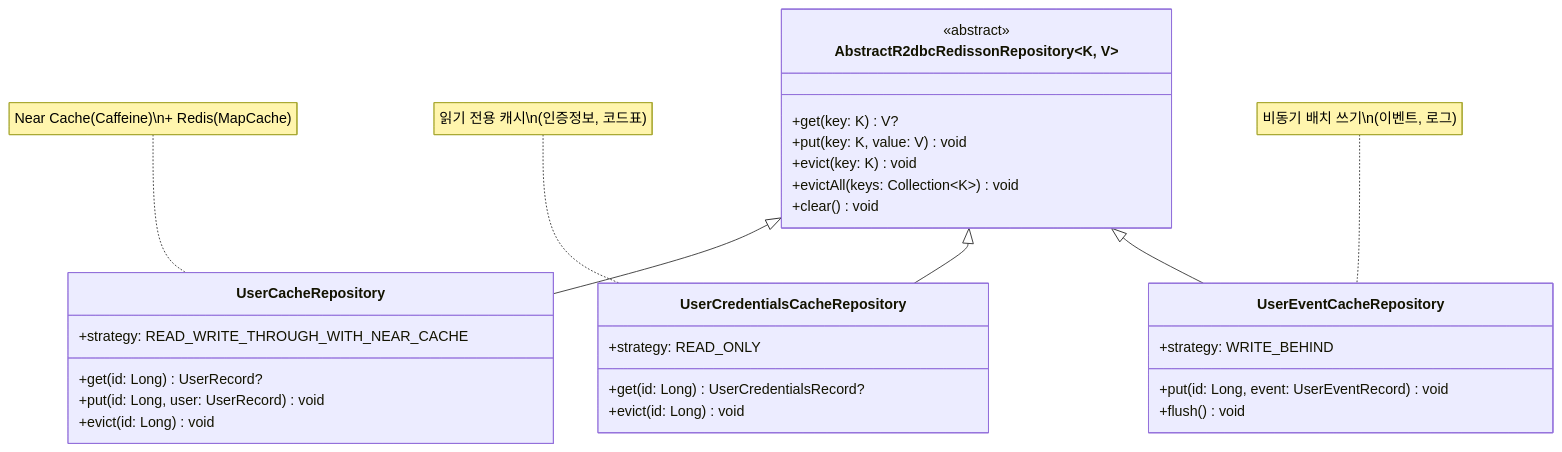
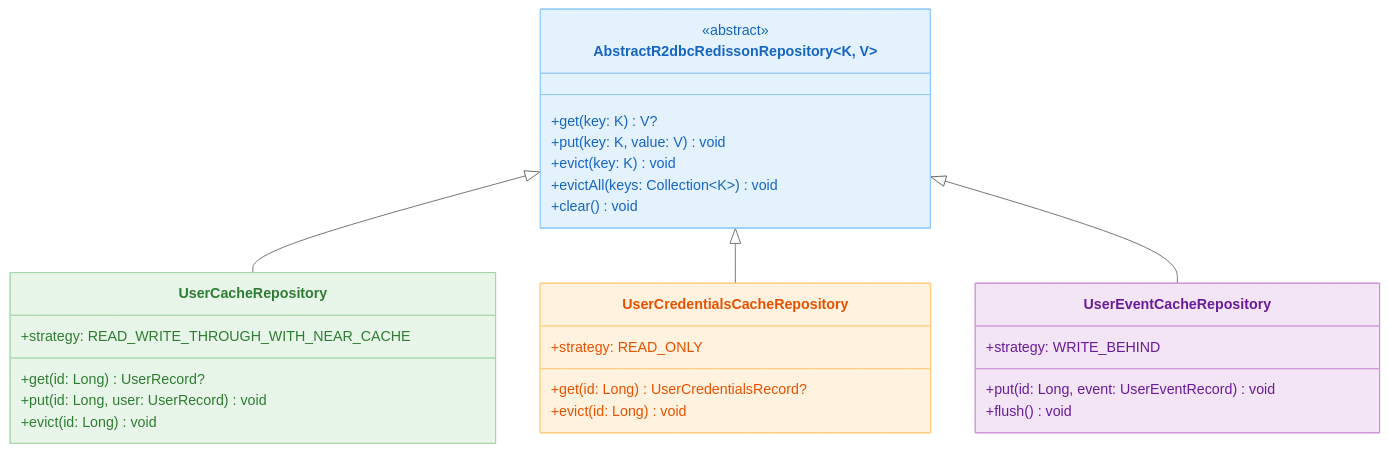
Before and after one commit to bluetape4k/exposed-r2dbc-workshop: the first of 4 diagrams in 11-high-performance/02-cache-strategies-r2dbc/README.md, drawn with Mermaid. The commit also changed other lines of this file and 63 other files, not shown here.

First line of the commit message:
docs: 전 모듈 README Mermaid UML 추가 및 영/한 이중화

````diff
--- a/11-high-performance/02-cache-strategies-r2dbc/README.md
+++ b/11-high-performance/02-cache-strategies-r2dbc/README.md
@@ -34,38 +36,40 @@
 ```mermaid
+%%{init: {"theme": "neutral"}}%%
 classDiagram
     class AbstractR2dbcRedissonRepository~K, V~ {
         <<abstract>>
         +get(key: K) V?
         +put(key: K, value: V) void
         +evict(key: K) void
         +evictAll(keys: Collection~K~) void
         +clear() void
     }
 
     class UserCacheRepository {
         +strategy: READ_WRITE_THROUGH_WITH_NEAR_CACHE
         +get(id: Long) UserRecord?
         +put(id: Long, user: UserRecord) void
         +evict(id: Long) void
     }
 
     class UserCredentialsCacheRepository {
         +strategy: READ_ONLY
         +get(id: Long) UserCredentialsRecord?
         +evict(id: Long) void
     }
 
     class UserEventCacheRepository {
         +strategy: WRITE_BEHIND
         +put(id: Long, event: UserEventRecord) void
         +flush() void
     }
 
     AbstractR2dbcRedissonRepository <|-- UserCacheRepository
     AbstractR2dbcRedissonRepository <|-- UserCredentialsCacheRepository
     AbstractR2dbcRedissonRepository <|-- UserEventCacheRepository
 
-    note for UserCacheRepository "Near Cache(Caffeine)\n+ Redis(MapCache)"
-    note for UserCredentialsCacheRepository "읽기 전용 캐시\n(인증정보, 코드표)"
-    note for UserEventCacheRepository "비동기 배치 쓰기\n(이벤트, 로그)"
+    style AbstractR2dbcRedissonRepository fill:#E3F2FD,stroke:#90CAF9,color:#1565C0
+    style UserCacheRepository fill:#E8F5E9,stroke:#A5D6A7,color:#2E7D32
+    style UserCredentialsCacheRepository fill:#FFF3E0,stroke:#FFCC80,color:#E65100
+    style UserEventCacheRepository fill:#F3E5F5,stroke:#CE93D8,color:#6A1B9A
 ```
````
